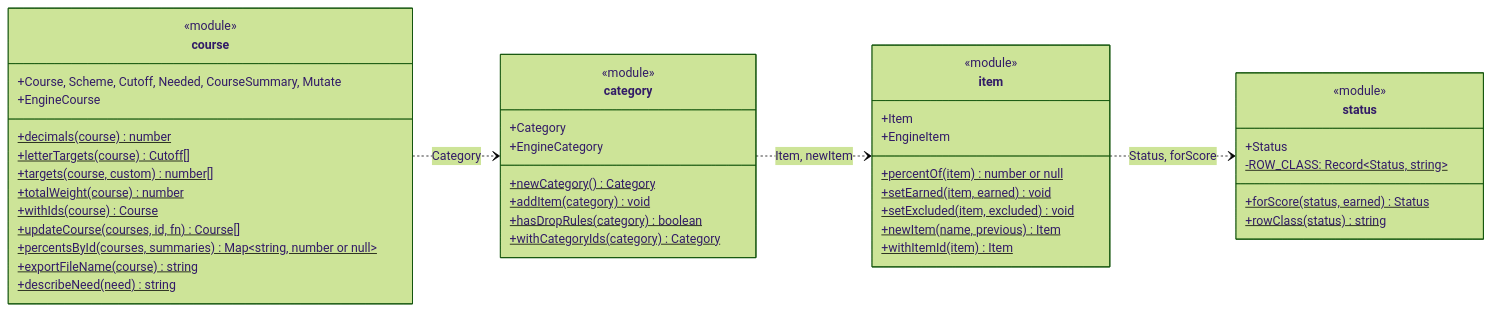
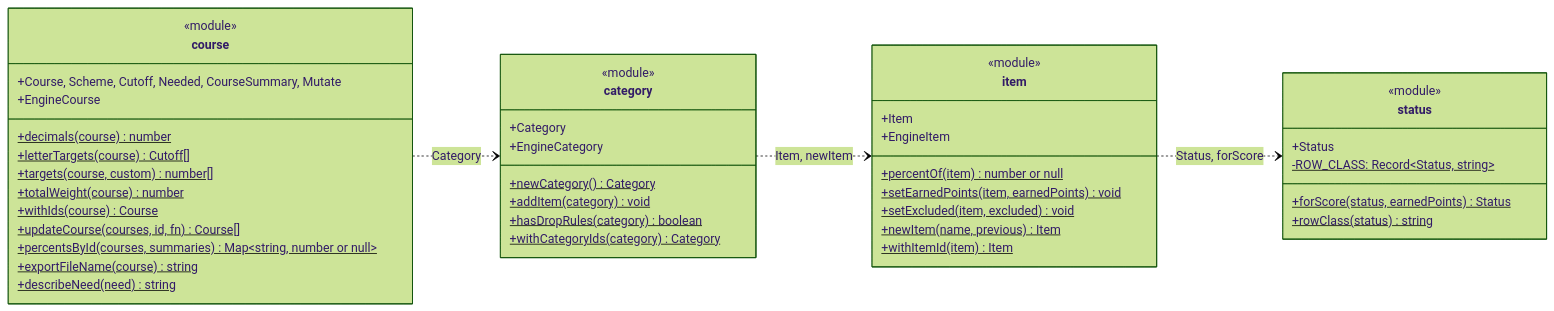
The ninth of 9 diagrams in docs/uml.md (Patman1O1/grade-calculator), drawn with Mermaid (forest theme) before and after one commit. The commit also changed other lines of this file and 13 other files, not shown here.

First line of the commit message:
Rename Item's earned / possible to earned_points / total_points

````diff
--- a/docs/uml.md
+++ b/docs/uml.md
@@ -379,47 +379,47 @@
 ```mermaid
 classDiagram
   direction LR
   class course {
     <<module>>
     +Course, Scheme, Cutoff, Needed, CourseSummary, Mutate
     +decimals(course)$ number
     +letterTargets(course)$ Cutoff[]
     +targets(course, custom)$ number[]
     +totalWeight(course)$ number
     +EngineCourse
     +withIds(course)$ Course
     +updateCourse(courses, id, fn)$ Course[]
     +percentsById(courses, summaries)$ Map~string, number or null~
     +exportFileName(course)$ string
     +describeNeed(need)$ string
   }
   class category {
     <<module>>
     +Category
     +newCategory()$ Category
     +addItem(category)$ void
     +hasDropRules(category)$ boolean
     +EngineCategory
     +withCategoryIds(category)$ Category
   }
   class item {
     <<module>>
     +Item
     +percentOf(item)$ number or null
-    +setEarned(item, earned)$ void
+    +setEarnedPoints(item, earnedPoints)$ void
     +setExcluded(item, excluded)$ void
     +newItem(name, previous)$ Item
     +EngineItem
     +withItemId(item)$ Item
   }
   class status {
     <<module>>
     +Status
-    +forScore(status, earned)$ Status
+    +forScore(status, earnedPoints)$ Status
     -ROW_CLASS: Record~Status, string~$
     +rowClass(status)$ string
   }
   course ..> category : Category
   category ..> item : Item, newItem
   item ..> status : Status, forScore
 ```
````
